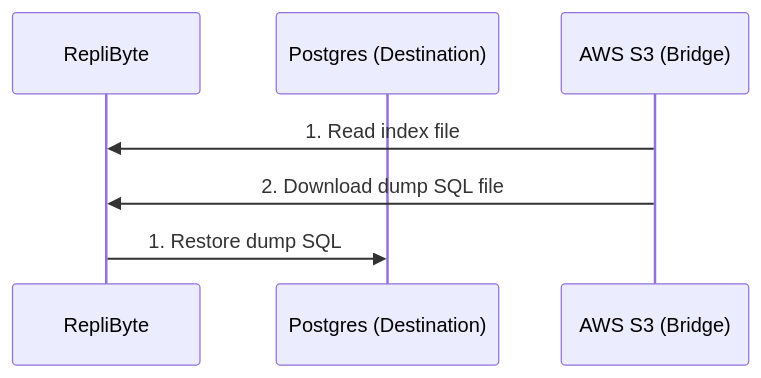
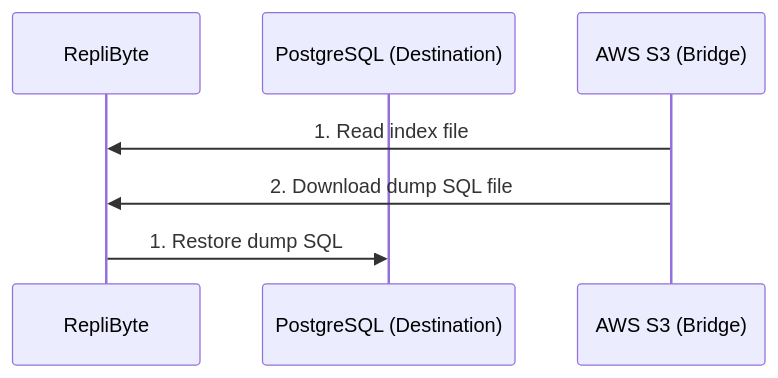
One commit to Qovery/Replibyte changed the second of 2 diagrams in README.md. Above: the diagram before and after it, drawn with Mermaid. The commit also changed other lines of this file, not shown here.

Commit message:
Typo: change Postgres to PostgreSQL

````diff
--- a/README.md
+++ b/README.md
@@ -177,9 +177,9 @@
 ```mermaid
 sequenceDiagram
     participant RepliByte
-    participant Postgres (Destination)
+    participant PostgreSQL (Destination)
     participant AWS S3 (Bridge)
     AWS S3 (Bridge)->>RepliByte: 1. Read index file
     AWS S3 (Bridge)->>RepliByte: 2. Download dump SQL file
-    RepliByte->>Postgres (Destination): 1. Restore dump SQL
+    RepliByte->>PostgreSQL (Destination): 1. Restore dump SQL
 ```
````
